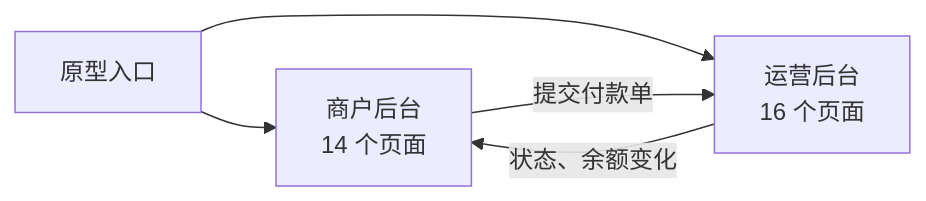
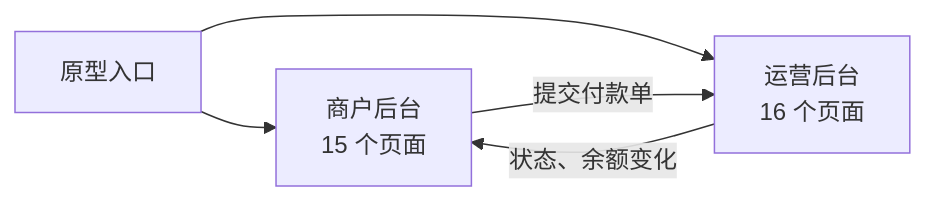
One commit to dollar3651314/amospayment changed the diagram in 原型/v1-原型说明.md. Above: the diagram before and after it, drawn with Mermaid. The commit also changed other lines of this file and 1 other file, not shown here.

````diff
--- a/原型/v1-原型说明.md
+++ b/原型/v1-原型说明.md
@@ -10,7 +10,7 @@
 ```mermaid
 flowchart LR
-    S["原型入口"] --> M["商户后台<br/>14 个页面"]
+    S["原型入口"] --> M["商户后台<br/>15 个页面"]
     S --> O["运营后台<br/>16 个页面"]
     M -->|"提交付款单"| O
     O -->|"状态、余额变化"| M
 ```
````
